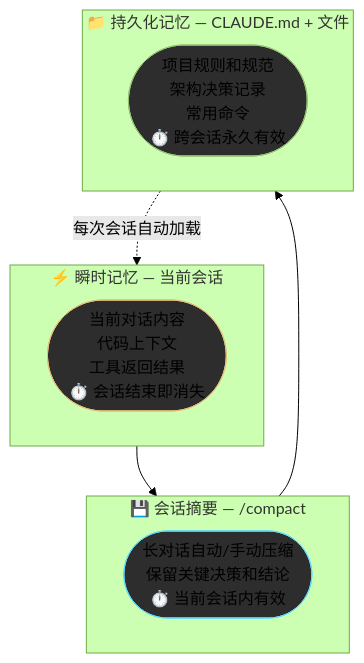
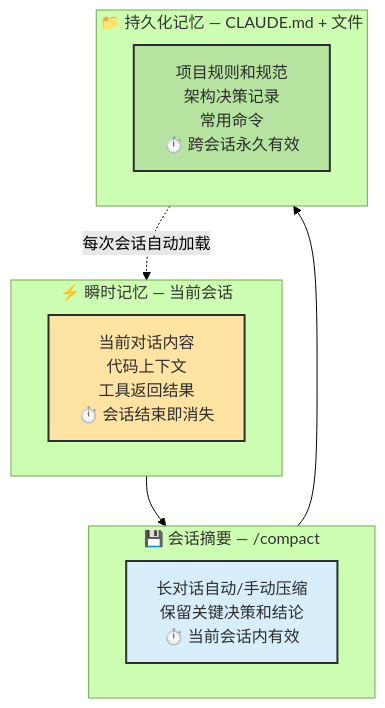
The third of 10 diagrams in docs/chapters/ch10-collaboration.md (zht043/AgenticCodingTutorial), drawn with Mermaid (forest theme) before and after one commit. The commit also changed other lines of this file and 26 other files, not shown here.

````diff
--- a/docs/chapters/ch10-collaboration.md
+++ b/docs/chapters/ch10-collaboration.md
@@ -175,21 +179,21 @@
 ```mermaid
 flowchart TB
-    classDef l1 fill:#2d2d2d,stroke:#e5c07b
-    classDef l2 fill:#2d2d2d,stroke:#61dafb
-    classDef l3 fill:#2d2d2d,stroke:#98c379
+    classDef l1 fill:#ffe3a3,stroke:#2d2d2d,stroke-width:2px,color:#2d2d2d
+    classDef l2 fill:#d8eefb,stroke:#2d2d2d,stroke-width:2px,color:#2d2d2d
+    classDef l3 fill:#b7e3a1,stroke:#2d2d2d,stroke-width:2px,color:#2d2d2d
 
     subgraph L1["⚡ 瞬时记忆 — 当前会话"]
-        M1(["当前对话内容<br/>代码上下文<br/>工具返回结果<br/>⏱️ 会话结束即消失"]):::l1
+        M1["当前对话内容<br/>代码上下文<br/>工具返回结果<br/>⏱️ 会话结束即消失"]:::l1
     end
 
     subgraph L2["💾 会话摘要 — /compact"]
-        M2(["长对话自动/手动压缩<br/>保留关键决策和结论<br/>⏱️ 当前会话内有效"]):::l2
+        M2["长对话自动/手动压缩<br/>保留关键决策和结论<br/>⏱️ 当前会话内有效"]:::l2
     end
 
     subgraph L3["📁 持久化记忆 — CLAUDE.md + 文件"]
-        M3(["项目规则和规范<br/>架构决策记录<br/>常用命令<br/>⏱️ 跨会话永久有效"]):::l3
+        M3["项目规则和规范<br/>架构决策记录<br/>常用命令<br/>⏱️ 跨会话永久有效"]:::l3
     end
 
     L1 --> L2 --> L3
     L3 -.->|"每次会话自动加载"| L1
 ```
````
